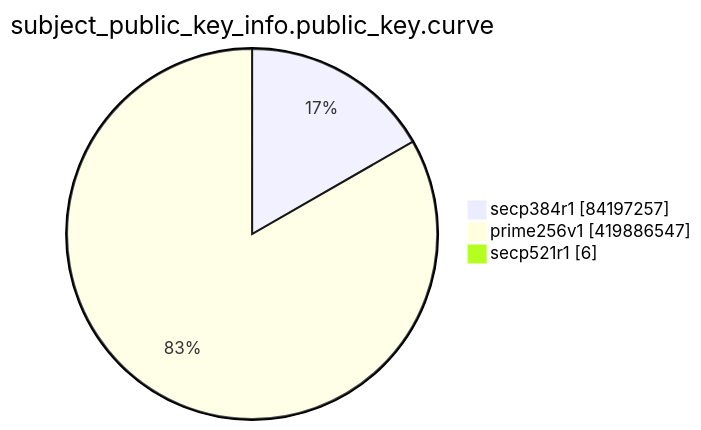
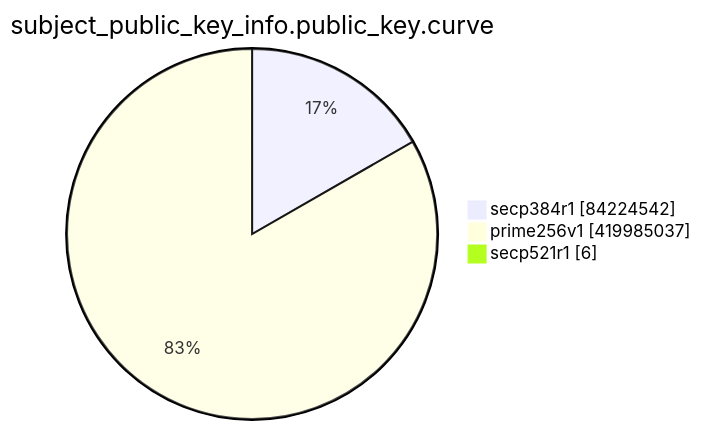
Before and after one commit to christiankrug/ctmonitor_visualization: the eighth of 15 diagrams in TOTAL/README.md, drawn with Mermaid. The commit also changed other lines of this file, not shown here.

````diff
--- a/TOTAL/README.md
+++ b/TOTAL/README.md
@@ -3099,7 +3099,7 @@
 ```mermaid
 pie showData
 title subject_public_key_info.public_key.curve
-"secp384r1" :84197257
-"prime256v1" :419886547
+"secp384r1" :84224542
+"prime256v1" :419985037
 "secp521r1" :6
 ```
````
